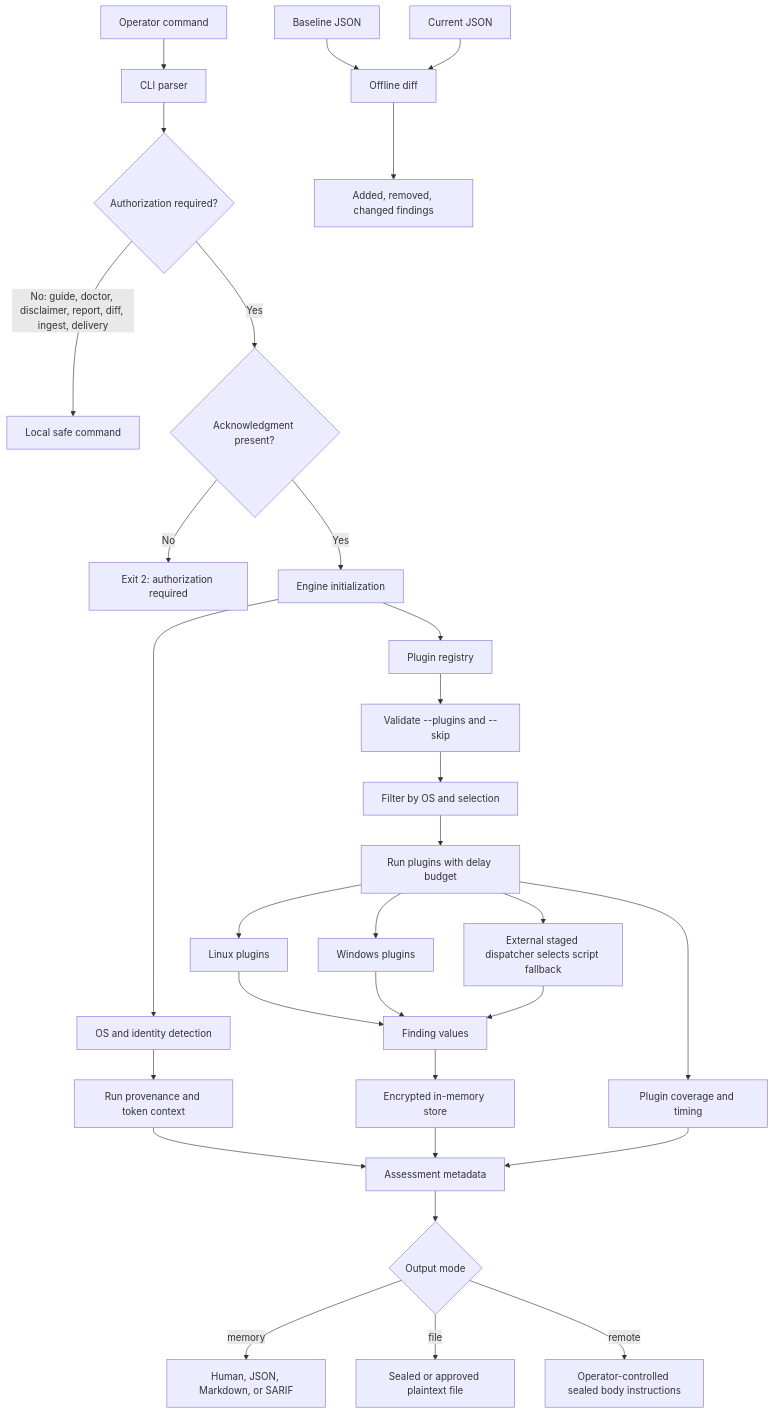
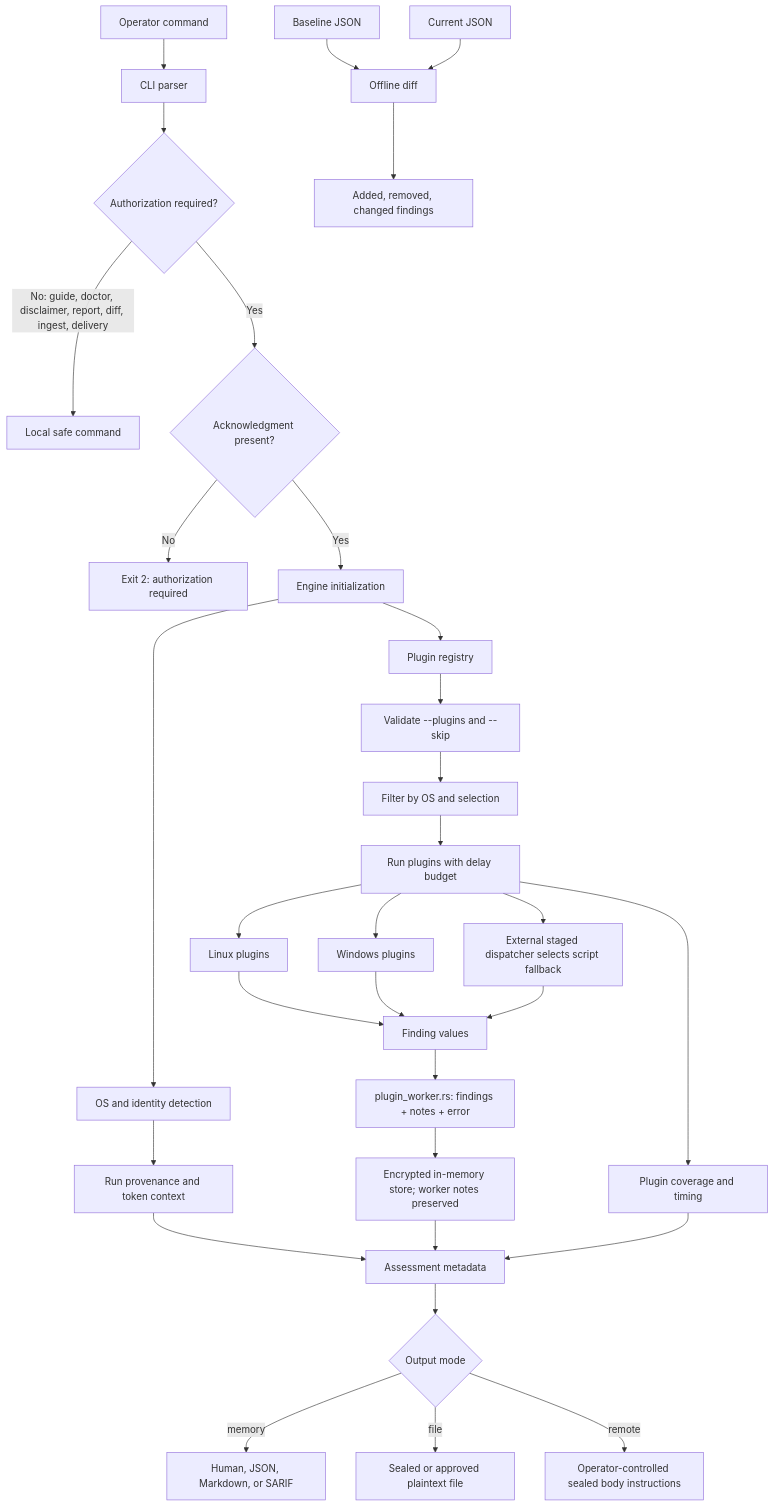
Before and after one commit to rikterskale/StealthyPrivesc: the diagram in docs/architecture-diagram.md, drawn with Mermaid. The commit also changed other lines of this file and 84 other files, not shown here.

````diff
--- a/docs/architecture-diagram.md
+++ b/docs/architecture-diagram.md
@@ -7,37 +7,38 @@
 ```mermaid
 flowchart TD
     A[Operator command] --> B[CLI parser]
     B --> C{Authorization required?}
     C -->|No: guide, doctor, disclaimer, report, diff, ingest, delivery| D[Local safe command]
     C -->|Yes| E{Acknowledgment present?}
     E -->|No| F[Exit 2: authorization required]
     E -->|Yes| G[Engine initialization]
 
     G --> H[OS and identity detection]
     G --> I[Plugin registry]
     I --> J[Validate --plugins and --skip]
     J --> K[Filter by OS and selection]
     K --> L[Run plugins with delay budget]
 
     L --> M[Linux plugins]
     L --> N[Windows plugins]
     L --> O[External staged dispatcher selects script fallback]
     M --> P[Finding values]
     N --> P
     O --> P
     L --> Q[Plugin coverage and timing]
     H --> R[Run provenance and token context]
 
-    P --> S[Encrypted in-memory store]
+    P --> PW[plugin_worker.rs: findings + notes + error]
+    PW --> S[Encrypted in-memory store; worker notes preserved]
     Q --> T[Assessment metadata]
     R --> T
     S --> T
     T --> U{Output mode}
     U -->|memory| V[Human, JSON, Markdown, or SARIF]
     U -->|file| W[Sealed or approved plaintext file]
     U -->|remote| X[Operator-controlled sealed body instructions]
 
     Y[Baseline JSON] --> Z[Offline diff]
     AA[Current JSON] --> Z
     Z --> AB[Added, removed, changed findings]
 ```
````
